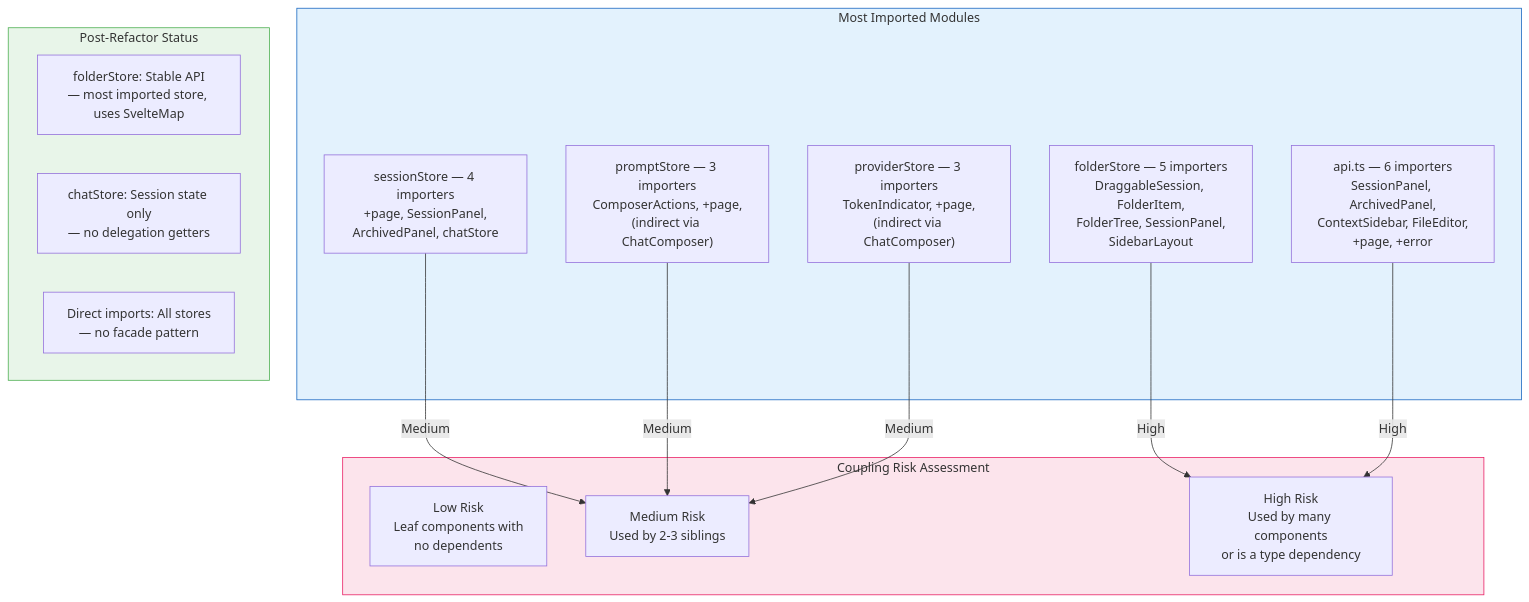
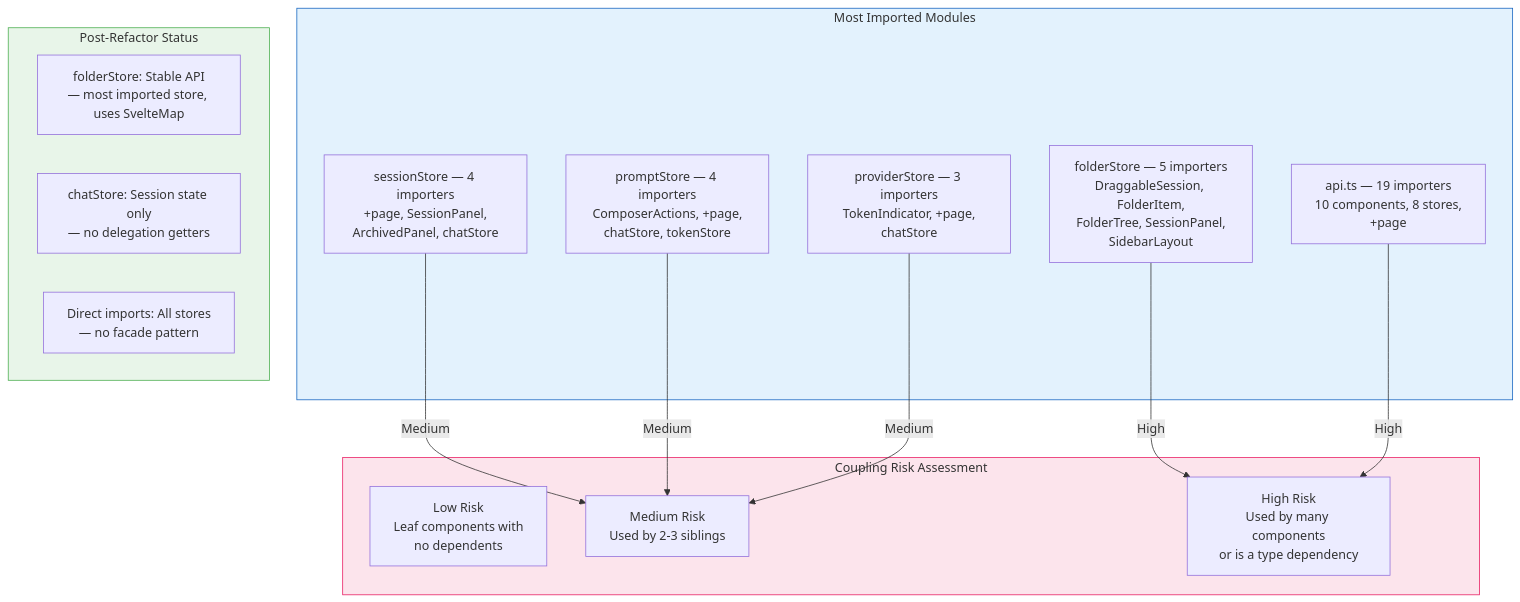
Before and after one commit to m1981/kuchnie: the ninth of 11 diagrams in kitchen-agent/docs/specs/frontend-diagrams.md, drawn with Mermaid. The commit also changed other lines of this file and 1 other file, not shown here.

First line of the commit message:
docs: align frontend-diagrams.md with codebase

````diff
--- a/kitchen-agent/docs/specs/frontend-diagrams.md
+++ b/kitchen-agent/docs/specs/frontend-diagrams.md
@@ -573,32 +581,32 @@
 ```mermaid
 graph TB
     subgraph Hotspots["Most Imported Modules"]
         FS["folderStore — 5 importers<br/>DraggableSession, FolderItem,<br/>FolderTree, SessionPanel,<br/>SidebarLayout"]
-        API["api.ts — 6 importers<br/>SessionPanel, ArchivedPanel,<br/>ContextSidebar, FileEditor,<br/>+page, +error"]
+        API["api.ts — 19 importers<br/>10 components, 8 stores,<br/>+page"]
         SS["sessionStore — 4 importers<br/>+page, SessionPanel,<br/>ArchivedPanel, chatStore"]
-        PR["promptStore — 3 importers<br/>ComposerActions, +page,<br/>(indirect via ChatComposer)"]
-        PS["providerStore — 3 importers<br/>TokenIndicator, +page,<br/>(indirect via ChatComposer)"]
+        PR["promptStore — 4 importers<br/>ComposerActions, +page,<br/>chatStore, tokenStore"]
+        PS["providerStore — 3 importers<br/>TokenIndicator, +page,<br/>chatStore"]
     end
 
     subgraph Risk["Coupling Risk Assessment"]
         LowRisk["Low Risk<br/>Leaf components with<br/>no dependents"]
         MedRisk["Medium Risk<br/>Used by 2-3 siblings"]
         HighRisk["High Risk<br/>Used by many components<br/>or is a type dependency"]
     end
 
     FS -->|"High"| HighRisk
     API -->|"High"| HighRisk
     SS -->|"Medium"| MedRisk
     PR -->|"Medium"| MedRisk
     PS -->|"Medium"| MedRisk
 
     subgraph Recommendations["Post-Refactor Status"]
         R1["folderStore: Stable API<br/>— most imported store, uses SvelteMap"]
         R2["chatStore: Session state only<br/>— no delegation getters"]
         R3["Direct imports: All stores<br/>— no facade pattern"]
     end
 
     style Hotspots fill:#e3f2fd,stroke:#1565C0
     style Risk fill:#fce4ec,stroke:#E91E63
     style Recommendations fill:#e8f5e9,stroke:#4CAF50
 ```
````
